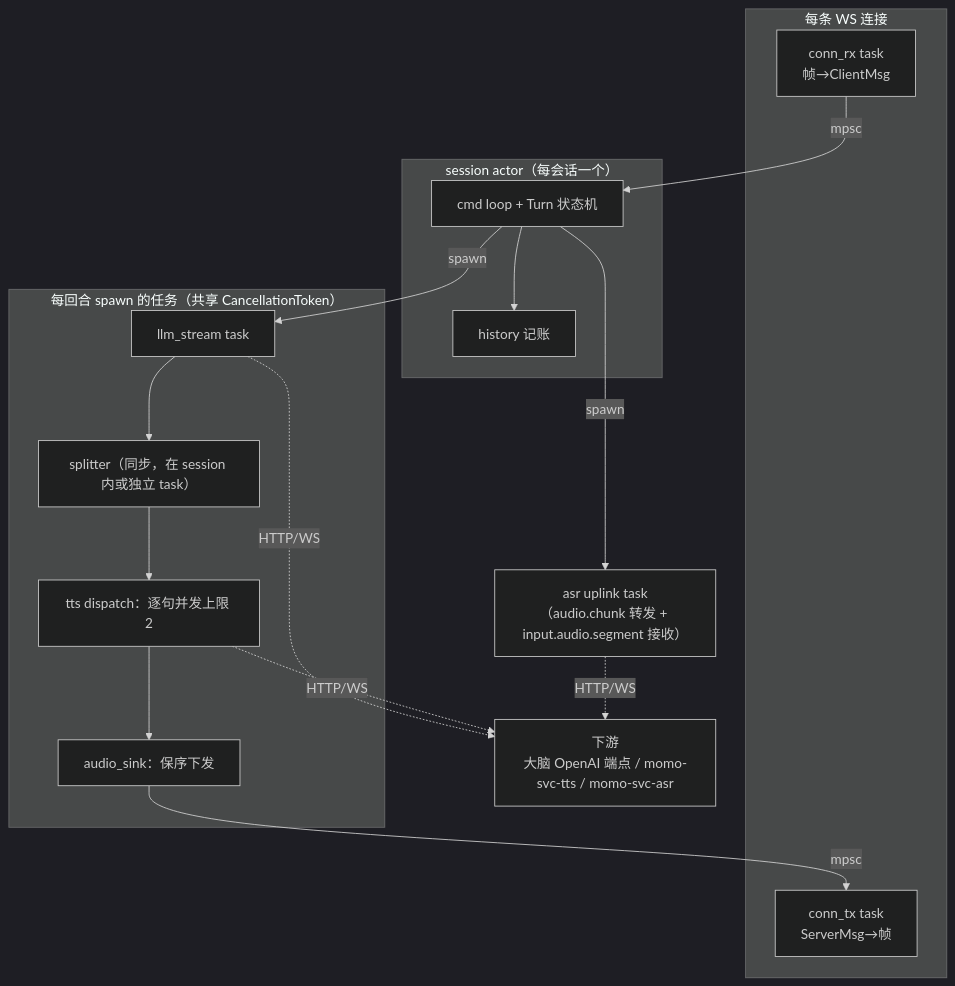
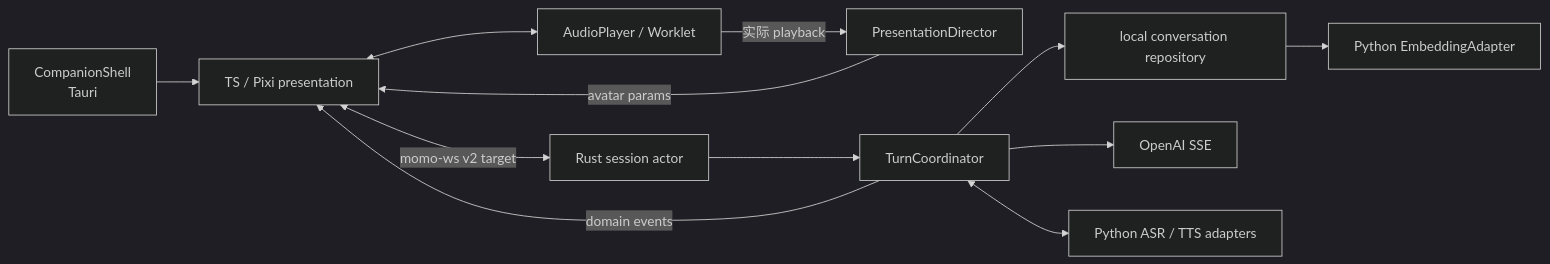
One commit to Momoyeyu/momo changed the diagram in docs/02-repos/momo-app.md. Above: the diagram before and after it, drawn with Mermaid (dark theme). The commit also changed other lines of this file and 122 other files, not shown here.

````diff
--- a/docs/02-repos/momo-app.md
+++ b/docs/02-repos/momo-app.md
@@ -205,25 +26,14 @@
 ```mermaid
-flowchart TD
-    subgraph CONN["每条 WS 连接"]
-        RX["conn_rx task<br/>帧→ClientMsg"]
-        TX["conn_tx task<br/>ServerMsg→帧"]
-    end
-    subgraph SESS["session actor（每会话一个）"]
-        LOOP["cmd loop + Turn 状态机"]
-        HIST["history 记账"]
-    end
-    subgraph TURN["每回合 spawn 的任务（共享 CancellationToken）"]
-        LLM["llm_stream task"]
-        SPLIT["splitter（同步，在 session 内或独立 task）"]
-        TTSQ["tts dispatch：逐句并发上限 2"]
-        SINK["audio_sink：保序下发"]
-    end
-    ASR["asr uplink task<br/>（audio.chunk 转发 + input.audio.segment 接收）"]
-    DOWN["下游<br/>大脑 OpenAI 端点 / momo-svc-tts / momo-svc-asr"]
-
-    RX -->|"mpsc"| LOOP
-    LOOP --> HIST
-    LOOP -->|"spawn"| LLM --> SPLIT --> TTSQ --> SINK -->|"mpsc"| TX
-    LOOP -->|"spawn"| ASR
-    LLM & TTSQ & ASR -.->|"HTTP/WS"| DOWN
+flowchart LR
+    SHELL["CompanionShell<br/>Tauri"] --> UI["TS / Pixi presentation"]
+    UI <--> AUDIO["AudioPlayer / Worklet"]
+    AUDIO -->|"实际 playback"| PRESENT["PresentationDirector"]
+    PRESENT -->|"avatar params"| UI
+    UI <-->|"momo-ws v2 target"| ACTOR["Rust session actor"]
+    ACTOR --> TURN["TurnCoordinator"]
+    TURN -->|"domain events"| UI
+    TURN --> REPO["local conversation repository"]
+    REPO --> EMBED["Python EmbeddingAdapter"]
+    TURN --> LLM["OpenAI SSE"]
+    TURN <--> MODELS["Python ASR / TTS adapters"]
 ```
````
